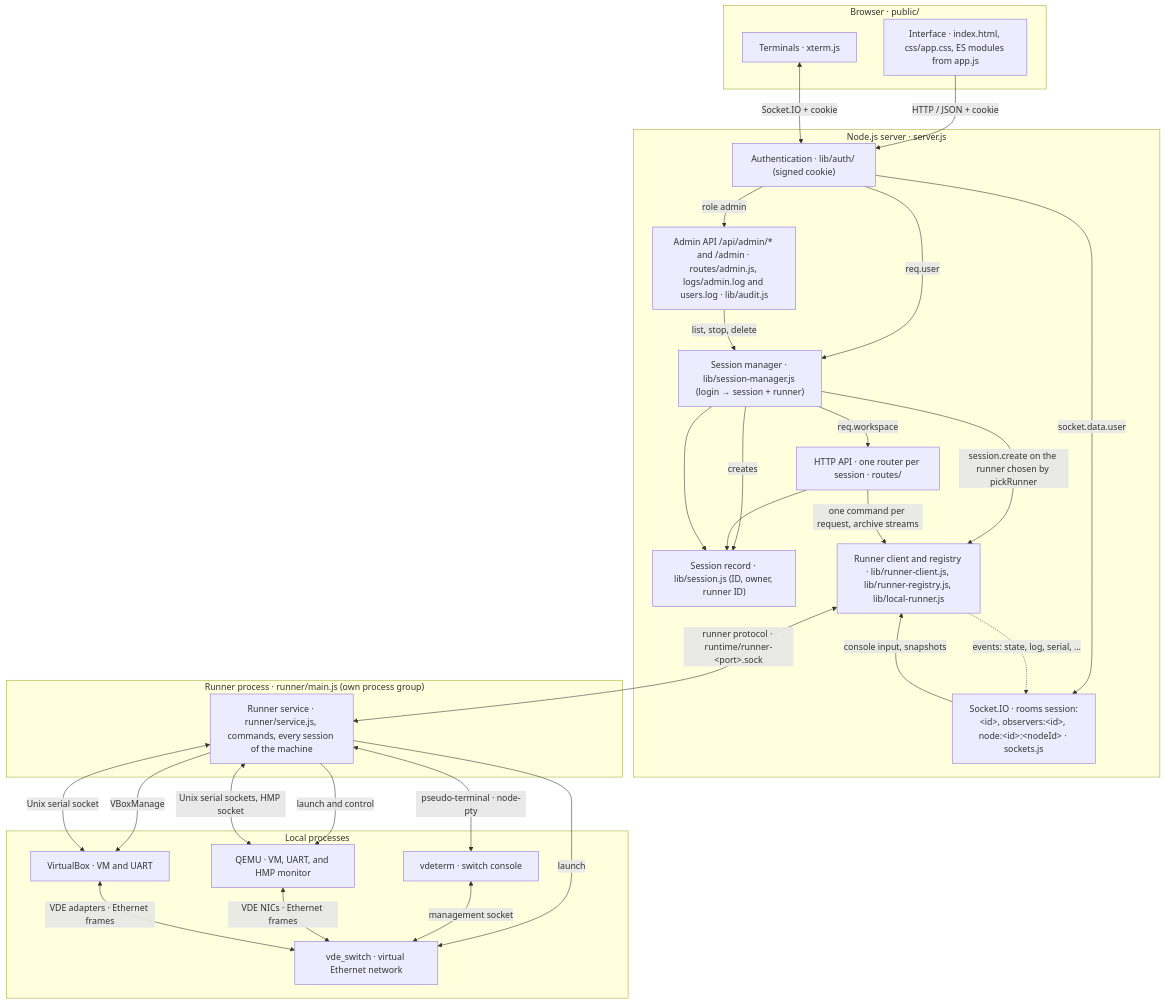
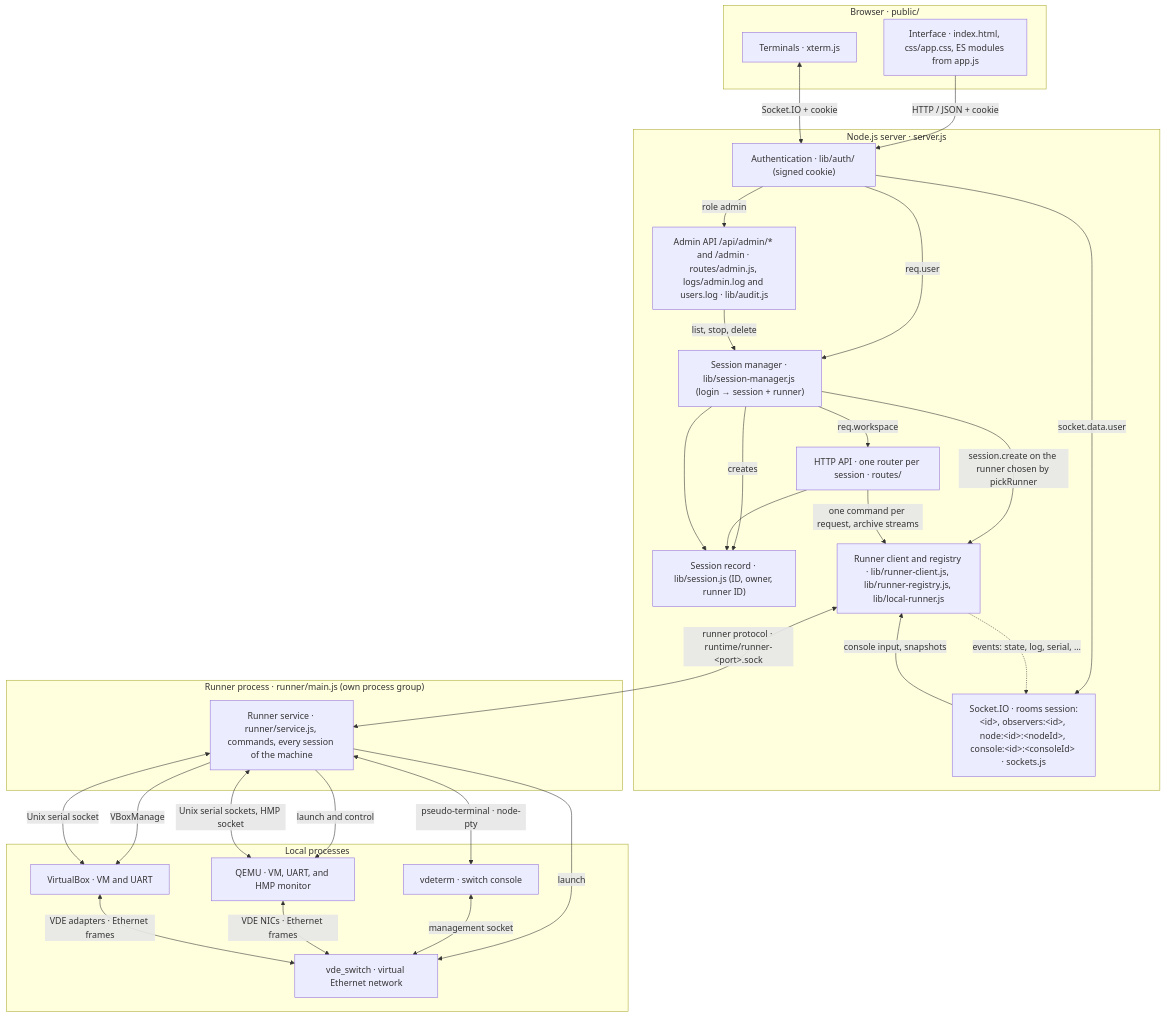
The diagram in docs/architecture.md (orel33/qemuweb), drawn with Mermaid before and after one commit. The commit also changed other lines of this file and 7 other files, not shown here.

````diff
--- a/docs/architecture.md
+++ b/docs/architecture.md
@@ -19,53 +19,53 @@
 ```mermaid
 flowchart TB
   subgraph Browser["Browser · public/"]
     UI["Interface · index.html, css/app.css, ES modules from app.js"]
     Terminal["Terminals · xterm.js"]
   end
 
   subgraph Server["Node.js server · server.js"]
     Auth["Authentication · lib/auth/ (signed cookie)"]
     Manager["Session manager · lib/session-manager.js (login → session + runner)"]
     Routes["HTTP API · one router per session · routes/"]
-    Sockets["Socket.IO · rooms session:&lt;id&gt;, observers:&lt;id&gt;, node:&lt;id&gt;:&lt;nodeId&gt; · sockets.js"]
+    Sockets["Socket.IO · rooms session:&lt;id&gt;, observers:&lt;id&gt;, node:&lt;id&gt;:&lt;nodeId&gt;, console:&lt;id&gt;:&lt;consoleId&gt; · sockets.js"]
     Admin["Admin API /api/admin/* and /admin · routes/admin.js, logs/admin.log and users.log · lib/audit.js"]
     Session["Session record · lib/session.js (ID, owner, runner ID)"]
     Client["Runner client and registry · lib/runner-client.js, lib/runner-registry.js, lib/local-runner.js"]
   end
 
   subgraph RunnerProcess["Runner process · runner/main.js (own process group)"]
     Runner["Runner service · runner/service.js, commands, every session of the machine"]
   end
 
   subgraph Local["Local processes"]
     QEMU["QEMU · VM, UART, and HMP monitor"]
     VBox["VirtualBox · VM and UART"]
     VDE["vde_switch · virtual Ethernet network"]
     VDeterm["vdeterm · switch console"]
   end
 
   UI -->|"HTTP / JSON + cookie"| Auth
   Terminal <-->|"Socket.IO + cookie"| Auth
   Auth -->|"req.user"| Manager
   Auth -->|"role admin"| Admin
   Admin -->|"list, stop, delete"| Manager
   Auth -->|"socket.data.user"| Sockets
   Manager -->|"req.workspace"| Routes
   Manager -->|"creates"| Session
   Manager -->|"session.create on the runner chosen by pickRunner"| Client
   Client <-->|"runner protocol · runtime/runner-&lt;port&gt;.sock"| Runner
   Routes --> Session
   Routes -->|"one command per request, archive streams"| Client
   Sockets -->|"console input, snapshots"| Client
   Client -.->|"events: state, log, serial, ..."| Sockets
   Manager --> Session
   Runner -->|"launch and control"| QEMU
   Runner -->|"VBoxManage"| VBox
   Runner -->|"launch"| VDE
   Runner <-->|"Unix serial sockets, HMP socket"| QEMU
   Runner <-->|"Unix serial socket"| VBox
   Runner <-->|"pseudo-terminal · node-pty"| VDeterm
   VDeterm <-->|"management socket"| VDE
   QEMU <-->|"VDE NICs · Ethernet frames"| VDE
   VBox <-->|"VDE adapters · Ethernet frames"| VDE
 ```
````
